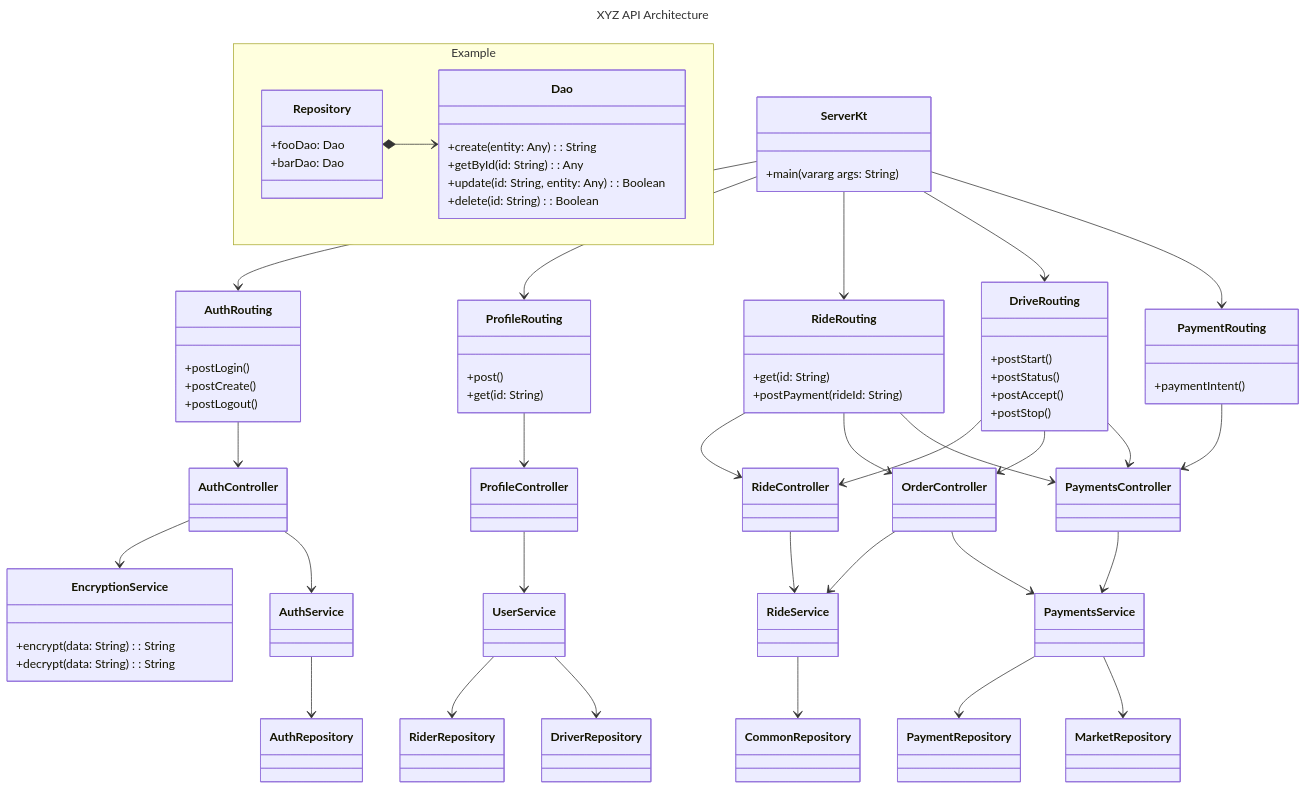
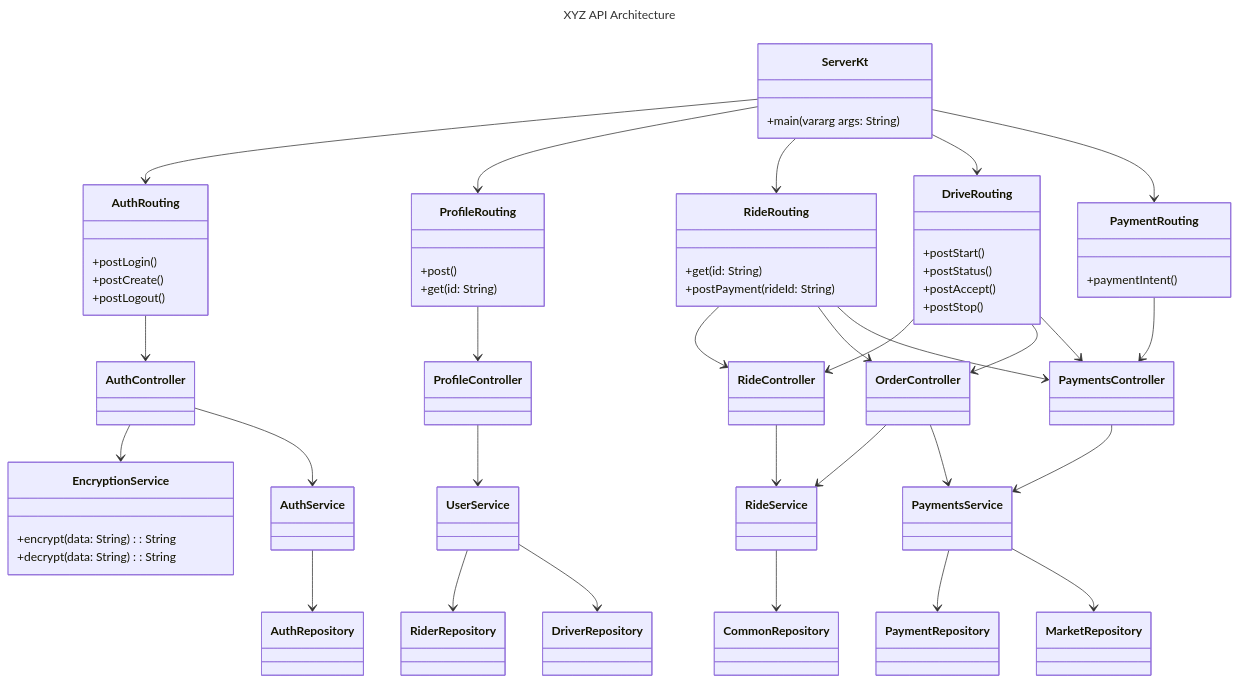
The diagram in api/README.md (Pointyware/XYZ), drawn with Mermaid before and after one commit.

Commit message:
Remove repository-dao example namespace

````diff
--- a/api/README.md
+++ b/api/README.md
@@ -124,19 +124,5 @@
   class RiderRepository {
       
   }
-  
-  namespace Example {
-    class Repository { 
-      +fooDao: Dao
-      +barDao: Dao
-    }
-    class Dao {
-      +create(entity: Any): String
-      +getById(id: String): Any
-      +update(id: String, entity: Any): Boolean
-      +delete(id: String): Boolean
-    }
-  }
-  Repository *--> Dao
 
 ```
````
